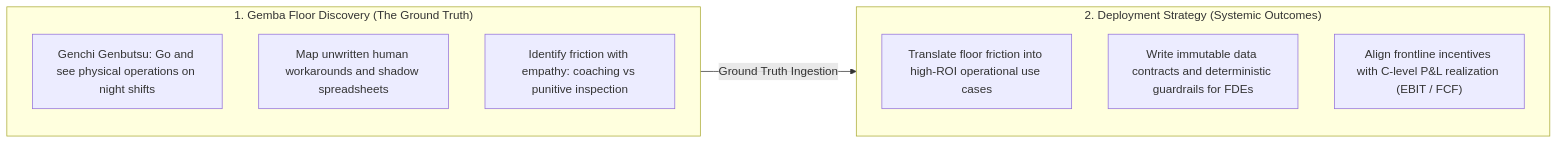
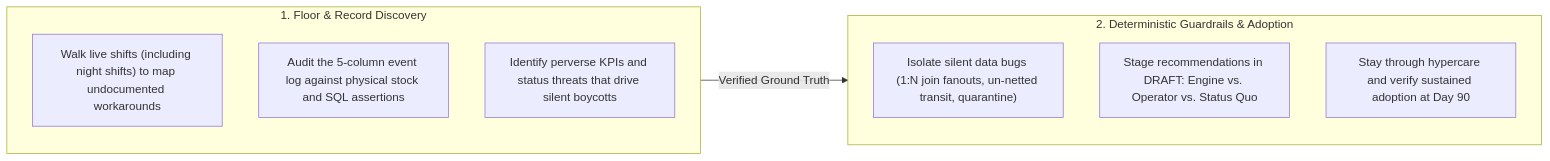
One commit to esstipi-debug/esstipi-debug changed the diagram in README.md. Above: the diagram before and after it, drawn with Mermaid. The commit also changed other lines of this file, not shown here.

First line of the commit message:
docs: align profile README with deployment strategist positioning

````diff
--- a/README.md
+++ b/README.md
@@ -42,16 +35,16 @@
 ```mermaid
 flowchart LR
-    subgraph GEMBA["1. Gemba Floor Discovery (The Ground Truth)"]
-        G1["Genchi Genbutsu: Go and see physical operations on night shifts"]
-        G2["Map unwritten human workarounds and shadow spreadsheets"]
-        G3["Identify friction with empathy: coaching vs punitive inspection"]
+    subgraph FLOOR["1. Floor & Record Discovery"]
+        F1["Walk live shifts (including night shifts) to map undocumented workarounds"]
+        F2["Audit the 5-column event log against physical stock and SQL assertions"]
+        F3["Identify perverse KPIs and status threats that drive silent boycotts"]
     end
 
-    subgraph STRATEGY["2. Deployment Strategy (Systemic Outcomes)"]
-        S1["Translate floor friction into high-ROI operational use cases"]
-        S2["Write immutable data contracts and deterministic guardrails for FDEs"]
-        S3["Align frontline incentives with C-level P&L realization (EBIT / FCF)"]
+    subgraph DEPLOY["2. Deterministic Guardrails & Adoption"]
+        D1["Isolate silent data bugs (1:N join fanouts, un-netted transit, quarantine)"]
+        D2["Stage recommendations in DRAFT: Engine vs. Operator vs. Status Quo"]
+        D3["Stay through hypercare and verify sustained adoption at Day 90"]
     end
 
-    GEMBA -->|Ground Truth Ingestion| STRATEGY
+    FLOOR -->|Verified Ground Truth| DEPLOY
 ```
````
